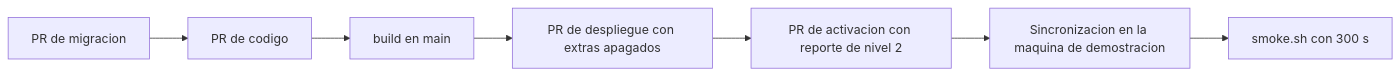
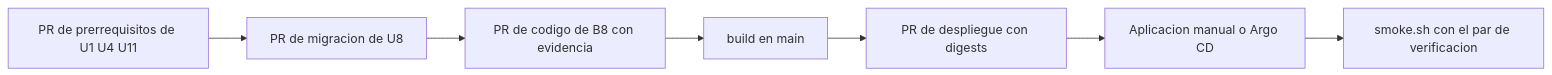
The diagram in aidlc/spaces/default/intents/261002-veridicus-mvp/construction/assistant-extras/infrastructure-design/cicd-pipeline.md (freyesJaveriana/tai), drawn with Mermaid before and after one commit. The commit also changed other lines of this file and 7 other files, not shown here.

````diff
--- a/aidlc/spaces/default/intents/261002-veridicus-mvp/construction/assistant-extras/infrastructure-design/cicd-pipeline.md
+++ b/aidlc/spaces/default/intents/261002-veridicus-mvp/construction/assistant-extras/infrastructure-design/cicd-pipeline.md
@@ -75,9 +119,9 @@
 ```mermaid
 flowchart LR
-  M[PR de migracion] --> C[PR de codigo]
+  P[PR de prerrequisitos de U1 U4 U11] --> M[PR de migracion de U8]
+  M --> C[PR de codigo de B8 con evidencia]
   C --> B[build en main]
-  B --> D[PR de despliegue con extras apagados]
-  D --> A[PR de activacion con reporte de nivel 2]
-  A --> S[Sincronizacion en la maquina de demostracion]
-  S --> H[smoke.sh con 300 s]
+  B --> D[PR de despliegue con digests]
+  D --> A[Aplicacion manual o Argo CD]
+  A --> H[smoke.sh con el par de verificacion]
 ```
````
